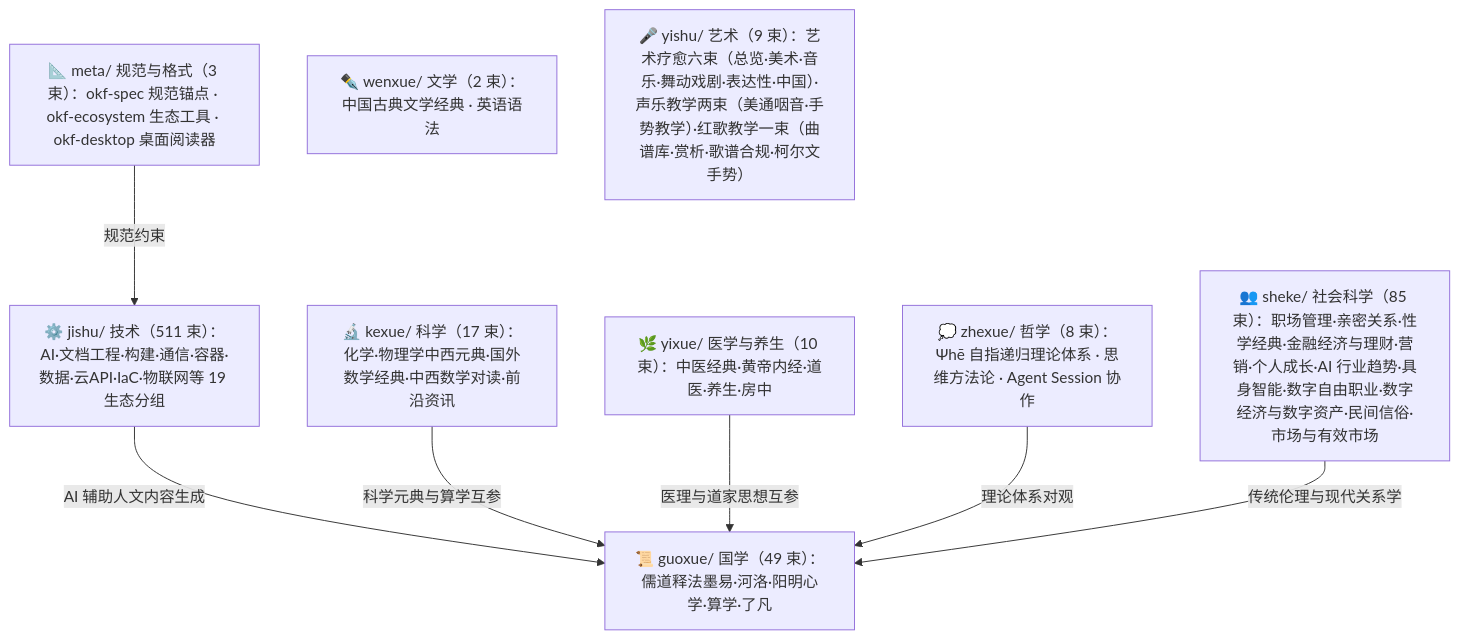
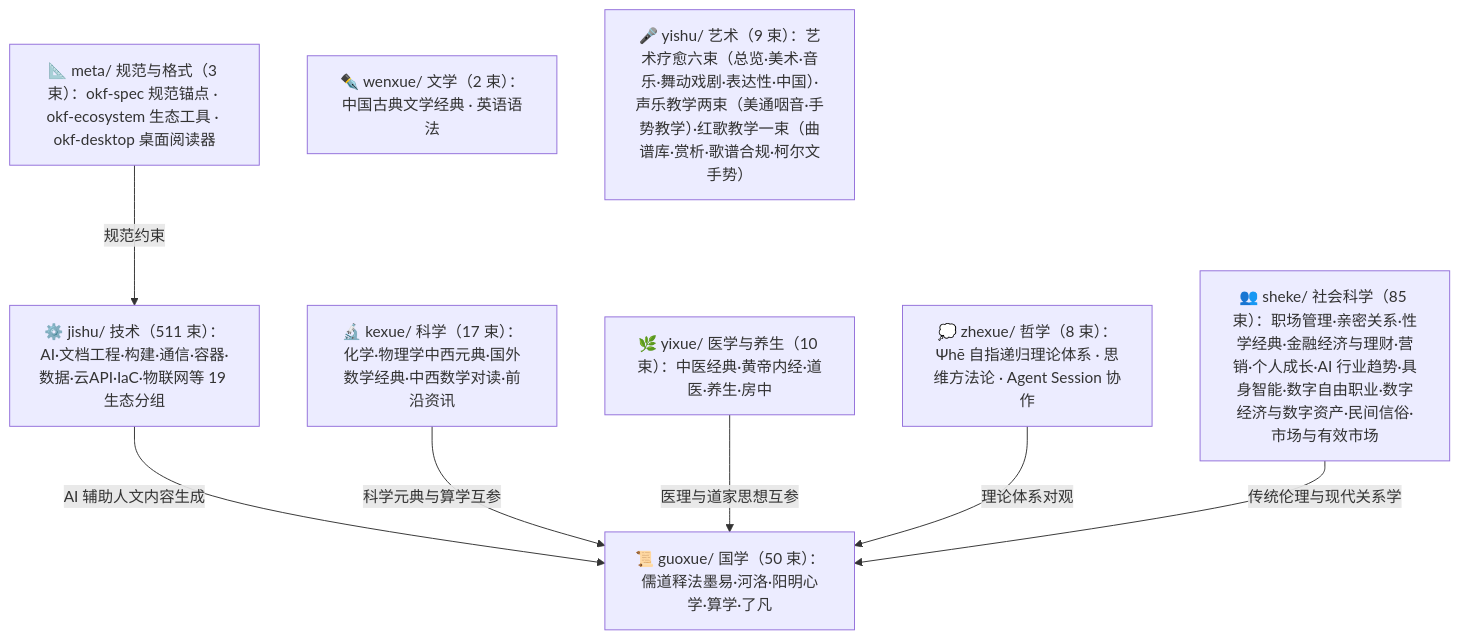
One commit to awesome-flexloop/awesome-okf changed the diagram in doc/bundles/index.md. Above: the diagram before and after it, drawn with Mermaid. The commit also changed other lines of this file and 27 other files, not shown here.

````diff
--- a/doc/bundles/index.md
+++ b/doc/bundles/index.md
@@ -21,18 +21,18 @@
 ```mermaid
 flowchart TD
     meta["📐 meta/ 规范与格式（3 束）：okf-spec 规范锚点 · okf-ecosystem 生态工具 · okf-desktop 桌面阅读器"]
-    guoxue["📜 guoxue/ 国学（49 束）：儒道释法墨易·河洛·阳明心学·算学·了凡"]
+    guoxue["📜 guoxue/ 国学（50 束）：儒道释法墨易·河洛·阳明心学·算学·了凡"]
     zhexue["💭 zhexue/ 哲学（8 束）：Ψhē 自指递归理论体系 · 思维方法论 · Agent Session 协作"]
     kexue["🔬 kexue/ 科学（17 束）：化学·物理学中西元典·国外数学经典·中西数学对读·前沿资讯"]
     wenxue["✒️ wenxue/ 文学（2 束）：中国古典文学经典 · 英语语法"]
     yixue["🌿 yixue/ 医学与养生（10 束）：中医经典·黄帝内经·道医·养生·房中"]
     sheke["👥 sheke/ 社会科学（85 束）：职场管理·亲密关系·性学经典·金融经济与理财·营销·个人成长·AI 行业趋势·具身智能·数字自由职业·数字经济与数字资产·民间信俗·市场与有效市场"]
     yishu["🎤 yishu/ 艺术（9 束）：艺术疗愈六束（总览·美术·音乐·舞动戏剧·表达性·中国）·声乐教学两束（美通咽音·手势教学）·红歌教学一束（曲谱库·赏析·歌谱合规·柯尔文手势）"]
     jishu["⚙️ jishu/ 技术（511 束）：AI·文档工程·构建·通信·容器·数据·云API·IaC·物联网等 19 生态分组"]
     meta -->|"规范约束"| jishu
     jishu -->|"AI 辅助人文内容生成"| guoxue
     kexue -->|"科学元典与算学互参"| guoxue
     yixue -->|"医理与道家思想互参"| guoxue
     zhexue -->|"理论体系对观"| guoxue
     sheke -->|"传统伦理与现代关系学"| guoxue
 ```
````
